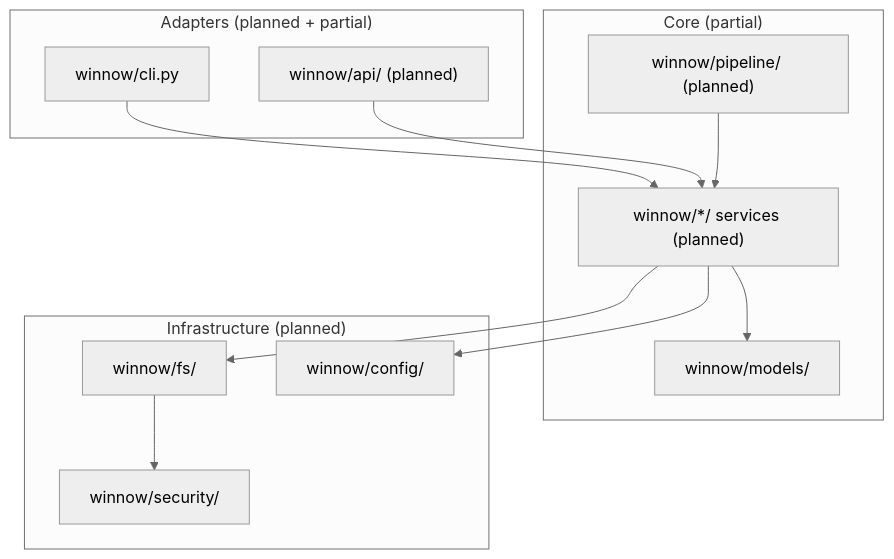
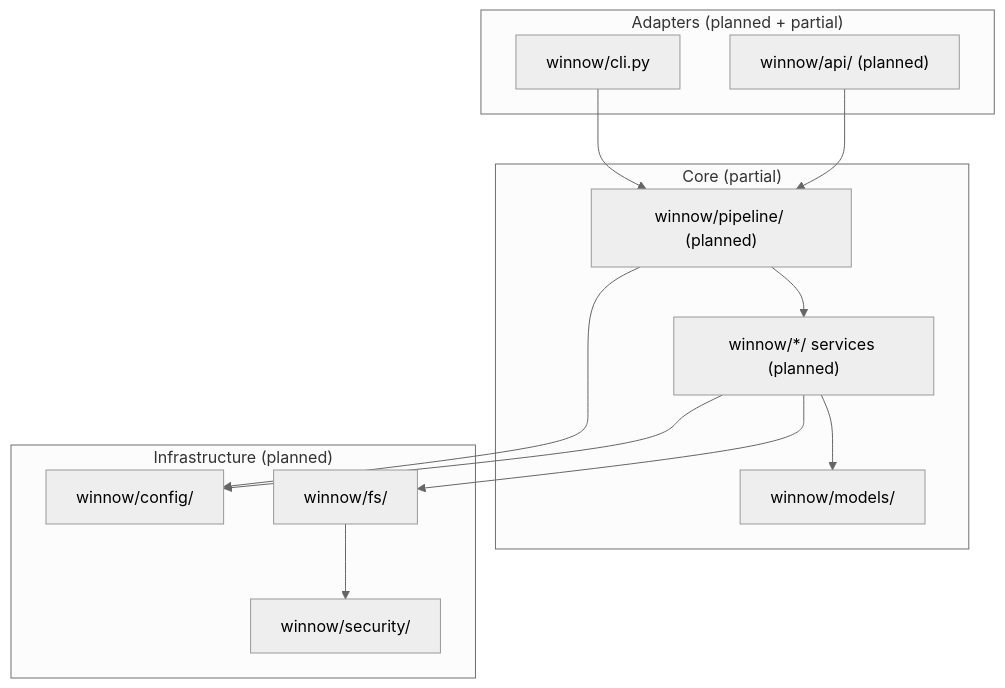
The first of 2 diagrams in docs/ARCHITECTURE.md (lgtm-hq/winnow), drawn with Mermaid (neutral theme) before and after one commit. The commit also changed other lines of this file, not shown here.

Commit message:
Fix architecture doc review feedback

````diff
--- a/docs/ARCHITECTURE.md
+++ b/docs/ARCHITECTURE.md
@@ -42,27 +49,28 @@
 ```mermaid
 flowchart TB
   subgraph adapters["Adapters (planned + partial)"]
     CLI["winnow/cli.py"]
     API["winnow/api/ (planned)"]
   end
 
   subgraph core["Core (partial)"]
     Models["winnow/models/"]
     Services["winnow/*/ services (planned)"]
     Pipeline["winnow/pipeline/ (planned)"]
   end
 
   subgraph infra["Infrastructure (planned)"]
     FS["winnow/fs/"]
     Config["winnow/config/"]
     Security["winnow/security/"]
   end
 
-  CLI --> Services
-  API --> Services
+  CLI --> Pipeline
+  API --> Pipeline
+  Pipeline --> Services
+  Pipeline --> Config
   Services --> Models
-  Pipeline --> Services
   Services --> FS
   Services --> Config
   FS --> Security
 ```
````
